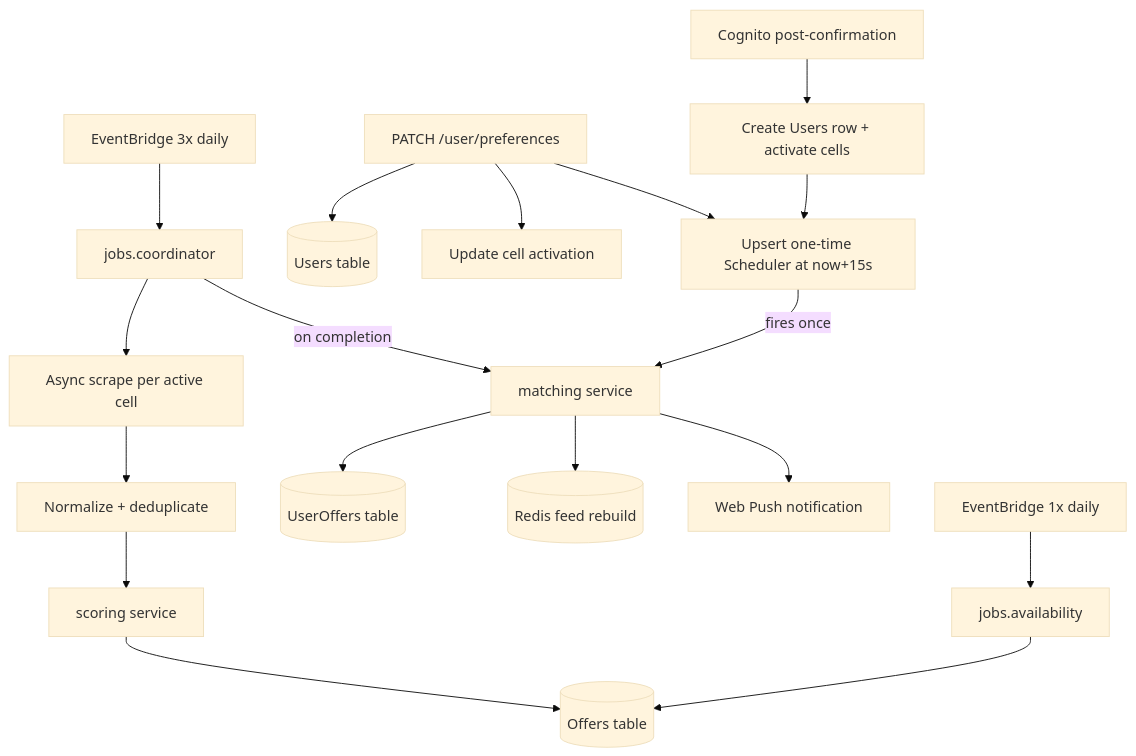
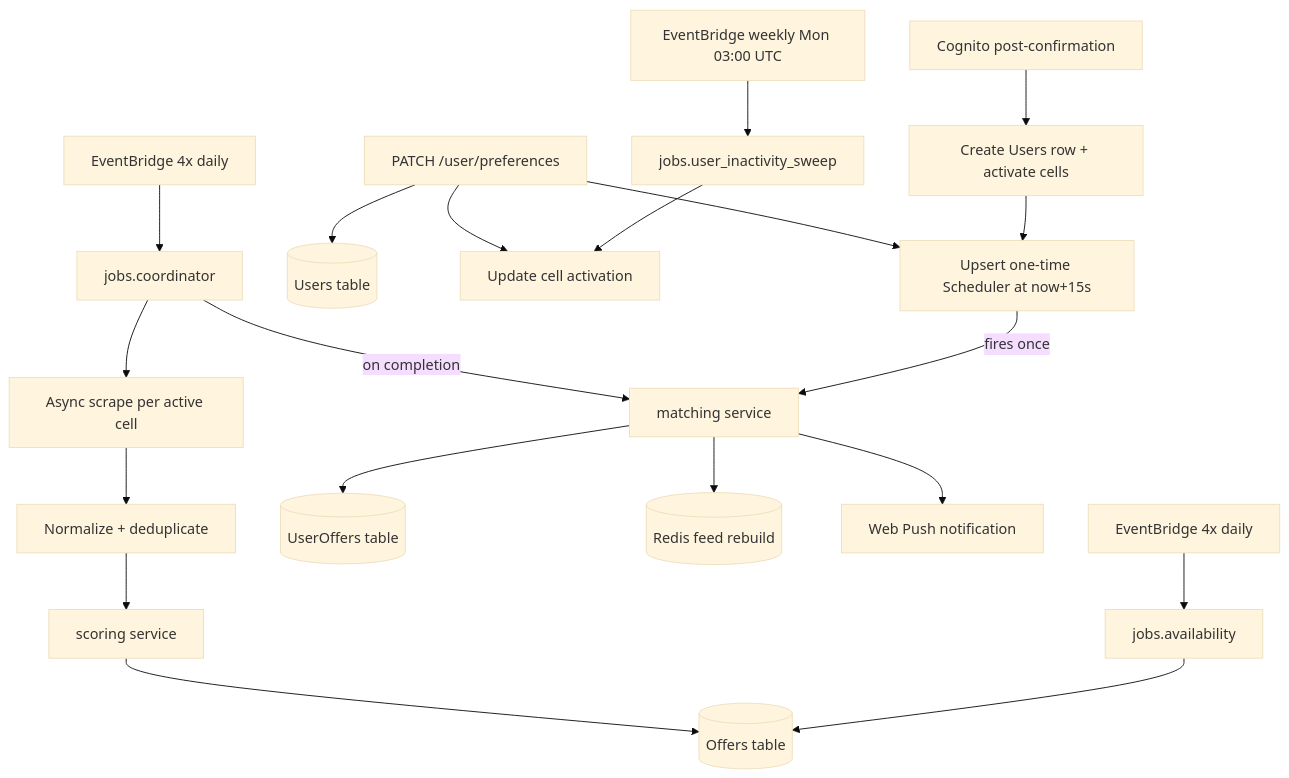
Before and after one commit to skalskidaniel/travelis-backend: the diagram in docs/architecture/pipeline.md, drawn with Mermaid (base theme). The commit also changed other lines of this file and 9 other files, not shown here.

````diff
--- a/docs/architecture/pipeline.md
+++ b/docs/architecture/pipeline.md
@@ -7,20 +7,22 @@
 ```mermaid
 flowchart TD
-    EB1[EventBridge 3x daily] --> COORD[jobs.coordinator]
+    EB1[EventBridge 4x daily] --> COORD[jobs.coordinator]
     COORD --> SCRAPE[Async scrape per active cell]
     SCRAPE --> NORM[Normalize + deduplicate]
     NORM --> SCORE[scoring service]
     SCORE --> DDB[(Offers table)]
     COORD -->|on completion| MATCH[matching service]
     MATCH --> UO[(UserOffers table)]
     MATCH --> REDIS[(Redis feed rebuild)]
     MATCH --> PUSH[Web Push notification]
-    EB3[EventBridge 1x daily] --> AVAIL[jobs.availability]
+    EB3[EventBridge 4x daily] --> AVAIL[jobs.availability]
     AVAIL --> DDB
     PATCH[PATCH /user/preferences] --> PREFS[(Users table)]
     PATCH --> CELLS[Update cell activation]
     PATCH --> SCHED[Upsert one-time Scheduler at now+15s]
     SIGNUP[Cognito post-confirmation] --> PROV[Create Users row + activate cells]
     PROV --> SCHED
     SCHED -->|fires once| MATCH
+    EB4[EventBridge weekly Mon 03:00 UTC] --> SWEEP[jobs.user_inactivity_sweep]
+    SWEEP --> CELLS
 ```
````
